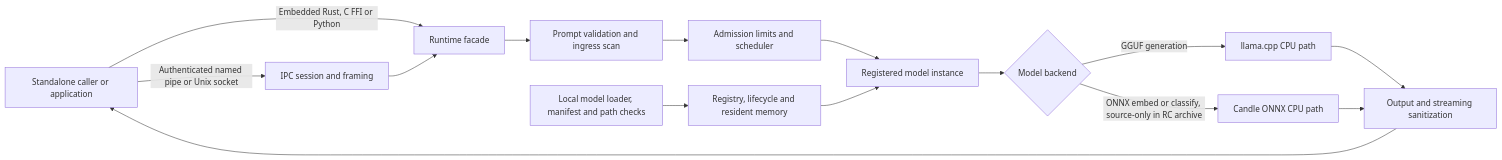
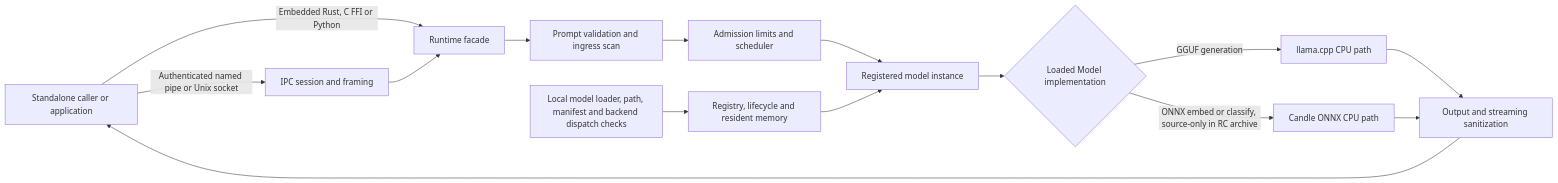
Before and after one commit to MythologIQ-Labs-LLC/GG-CORE: the diagram in README.md, drawn with Mermaid.

Commit message:
docs(diagrams): distinguish load-time backend dispatch from inference-time model execution [skip ci]

````diff
--- a/README.md
+++ b/README.md
@@ -45,18 +45,18 @@
 ```mermaid
 flowchart LR
     Host[Standalone caller or application]
     Host -->|Authenticated named pipe or Unix socket| IPC[IPC session and framing]
     Host -->|Embedded Rust, C FFI or Python| API[Runtime facade]
     IPC --> API
     API --> Ingress[Prompt validation and ingress scan]
     Ingress --> Queue[Admission limits and scheduler]
     Queue --> Model[Registered model instance]
-    Model --> Backend{Model backend}
+    Model --> Backend{Loaded Model implementation}
     Backend -->|GGUF generation| GGUF[llama.cpp CPU path]
     Backend -->|ONNX embed or classify, source-only in RC archive| ONNX[Candle ONNX CPU path]
     GGUF --> Egress[Output and streaming sanitization]
     ONNX --> Egress
     Egress --> Host
-    Loader[Local model loader, manifest and path checks] --> Lifecycle[Registry, lifecycle and resident memory]
+    Loader[Local model loader, path, manifest and backend dispatch checks] --> Lifecycle[Registry, lifecycle and resident memory]
     Lifecycle --> Model
 ```
````
